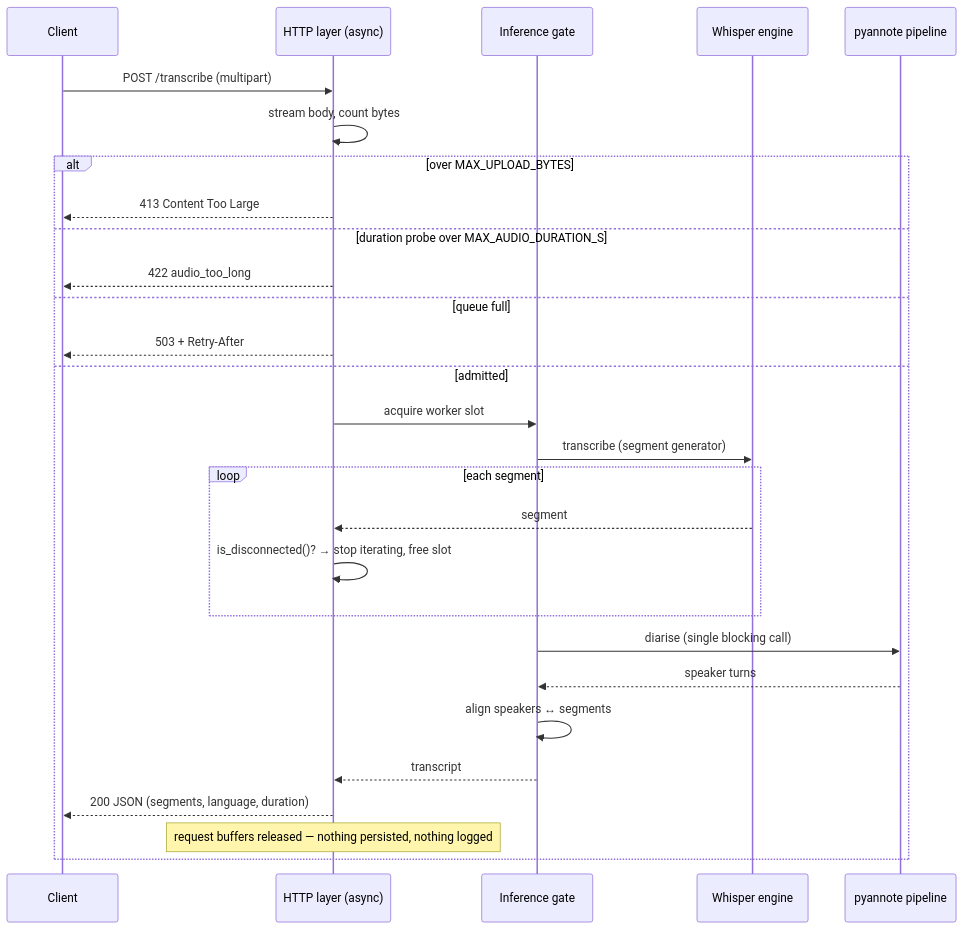
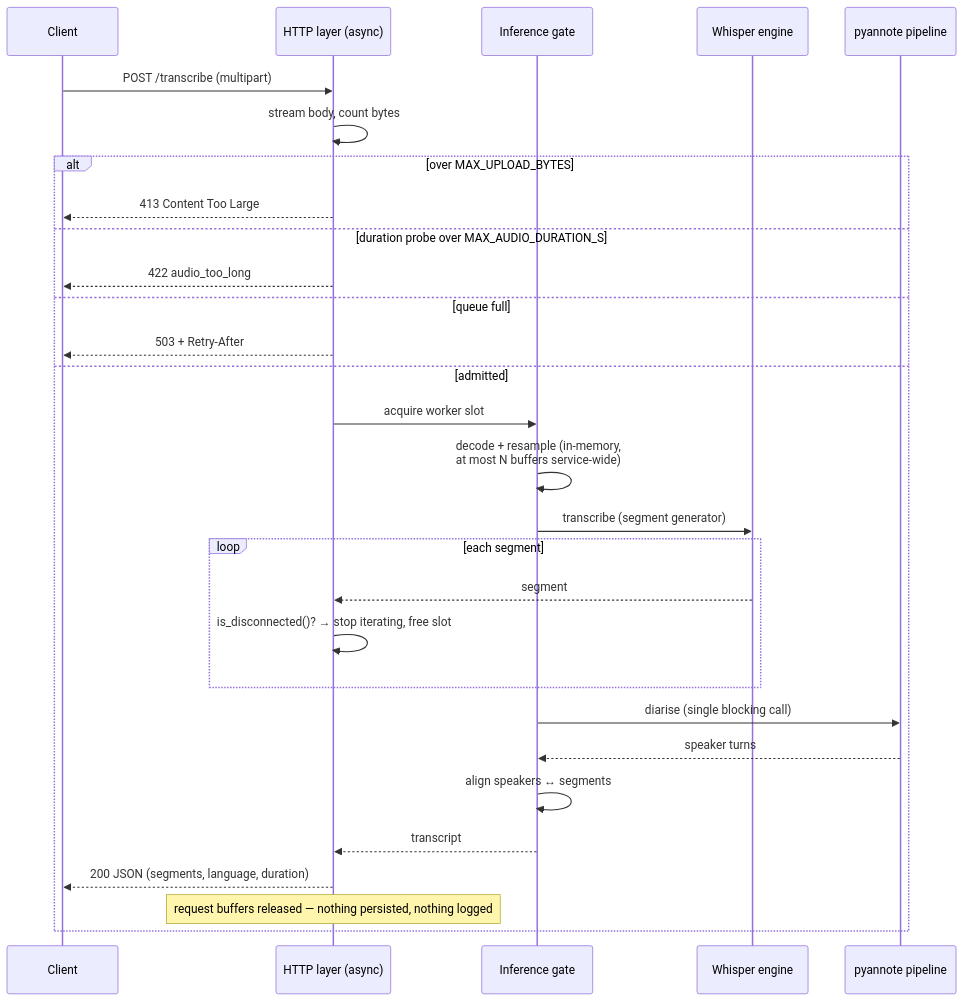
One commit to small-coding-dojo/smcd-audio-transcriber changed the fourth of 5 diagrams in docs/architecture.md. Above: the diagram before and after it, drawn with Mermaid. The commit also changed other lines of this file and 1 other file, not shown here.

````diff
--- a/docs/architecture.md
+++ b/docs/architecture.md
@@ -185,31 +196,32 @@
 ```mermaid
 sequenceDiagram
     participant C as Client
     participant H as HTTP layer (async)
     participant G as Inference gate
     participant W as Whisper engine
     participant P as pyannote pipeline
 
     C->>H: POST /transcribe (multipart)
     H->>H: stream body, count bytes
     alt over MAX_UPLOAD_BYTES
         H-->>C: 413 Content Too Large
     else duration probe over MAX_AUDIO_DURATION_S
         H-->>C: 422 audio_too_long
     else queue full
         H-->>C: 503 + Retry-After
     else admitted
         H->>G: acquire worker slot
+        G->>G: decode + resample (in-memory,<br/>at most N buffers service-wide)
         G->>W: transcribe (segment generator)
         loop each segment
             W-->>H: segment
             H->>H: is_disconnected()? → stop iterating, free slot
         end
         G->>P: diarise (single blocking call)
         P-->>G: speaker turns
         G->>G: align speakers ↔ segments
         G-->>H: transcript
         H-->>C: 200 JSON (segments, language, duration)
         Note over H: request buffers released — nothing persisted, nothing logged
     end
 ```
````
